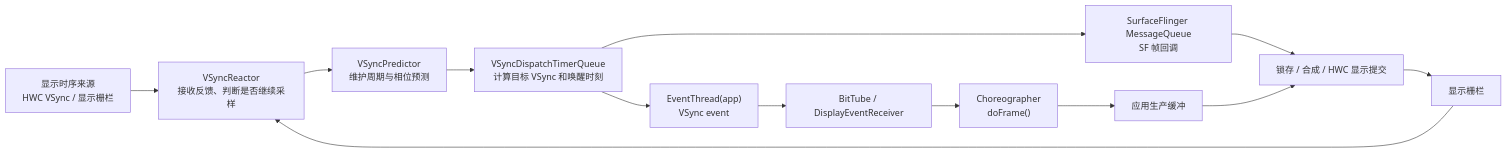
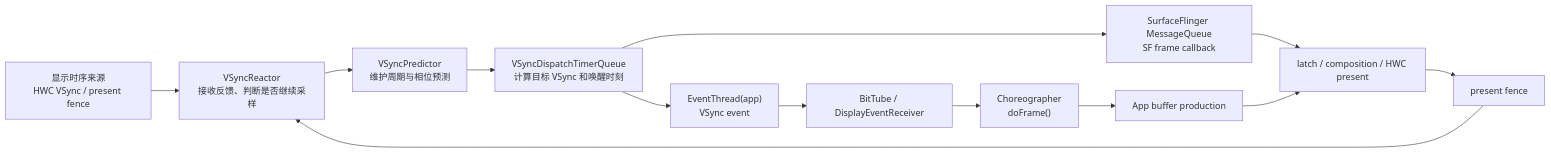
One commit to Gracker/android-internals-wiki changed the diagram in src/part1-fundamentals/ch02-rendering/03-vsync.md. Above: the diagram before and after it, drawn with Mermaid. The commit also changed other lines of this file and 4 other files, not shown here.

````diff
--- a/src/part1-fundamentals/ch02-rendering/03-vsync.md
+++ b/src/part1-fundamentals/ch02-rendering/03-vsync.md
@@ -187,15 +187,15 @@
 ```mermaid
 flowchart LR
-    A["显示时序来源<br/>HWC VSync / 显示栅栏"] --> B["VSyncReactor<br/>接收反馈、判断是否继续采样"]
+    A["显示时序来源<br/>HWC VSync / present fence"] --> B["VSyncReactor<br/>接收反馈、判断是否继续采样"]
     B --> C["VSyncPredictor<br/>维护周期与相位预测"]
     C --> D["VSyncDispatchTimerQueue<br/>计算目标 VSync 和唤醒时刻"]
-    D --> E["SurfaceFlinger MessageQueue<br/>SF 帧回调"]
+    D --> E["SurfaceFlinger MessageQueue<br/>SF frame callback"]
     D --> F["EventThread#lpar;app#rpar;<br/>VSync event"]
     F --> G["BitTube / DisplayEventReceiver"]
     G --> H["Choreographer<br/>doFrame()"]
-    E --> I["锁存 / 合成 / HWC 显示提交"]
-    H --> J["应用生产缓冲"]
+    E --> I["latch / composition / HWC present"]
+    H --> J["App buffer production"]
     J --> I
-    I --> K["显示栅栏"]
+    I --> K["present fence"]
     K --> B
 ```
````
